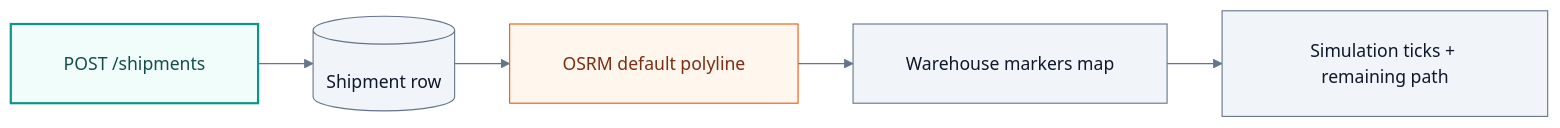
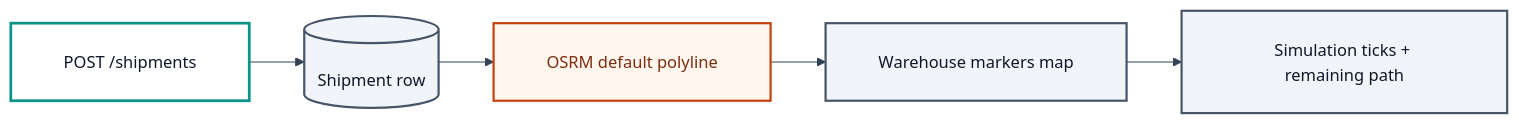
The seventh of 7 diagrams in docs/FLOWCHARTS.md (dhanyakini/PharmAI-Chain), drawn with Mermaid before and after one commit. The commit also changed other lines of this file and 1 other file, not shown here.

Commit message:
Update FLOWCHARTS.md and mermaid-config.json to standardize color palette and improve diagram styling for better visual consistency

````diff
--- a/docs/FLOWCHARTS.md
+++ b/docs/FLOWCHARTS.md
@@ -224,16 +228,16 @@
 ```mermaid
-%%{init: {'theme':'base','themeVariables':{'primaryColor':'#0d9488','lineColor':'#64748b'},'flowchart':{'curve':'basis','padding':24}}}%%
+%%{init: {'theme':'base','themeVariables':{'fontFamily':'ui-sans-serif, system-ui, sans-serif','fontSize':'15px','primaryColor':'#ffffff','primaryTextColor':'#0f172a','primaryBorderColor':'#0d9488','secondaryColor':'#ffffff','secondaryTextColor':'#0f172a','secondaryBorderColor':'#64748b','tertiaryColor':'#f1f5f9','tertiaryTextColor':'#0f172a','tertiaryBorderColor':'#475569','lineColor':'#334155','textColor':'#0f172a','mainBkg':'#ffffff','nodeBorder':'#475569','clusterBkg':'#e8eef4','clusterBorder':'#64748b','edgeLabelBackground':'#ffffff','titleColor':'#0f172a'},'flowchart':{'curve':'basis','padding':24,'useMaxWidth':true}}}%%
 flowchart LR
-  classDef api fill:#f0fdfa,stroke:#0d9488,stroke-width:2px,color:#134e4a
-  classDef data fill:#f1f5f9,stroke:#64748b,color:#0f172a
-  classDef ext fill:#fff7ed,stroke:#ea580c,color:#7c2d12
+  classDef api fill:#ffffff,stroke:#0d9488,stroke-width:2.5px,color:#0f172a
+  classDef data fill:#f1f5f9,stroke:#475569,stroke-width:2px,color:#0f172a
+  classDef ext fill:#fff7ed,stroke:#c2410c,stroke-width:2px,color:#7c2d12
 
   A["POST /shipments"] --> B[("Shipment row")]
   B --> C["OSRM default polyline"]
   C --> D["Warehouse markers map"]
   D --> E["Simulation ticks + remaining path"]
 
   class A api
   class B,D,E data
   class C ext
 ```
````
